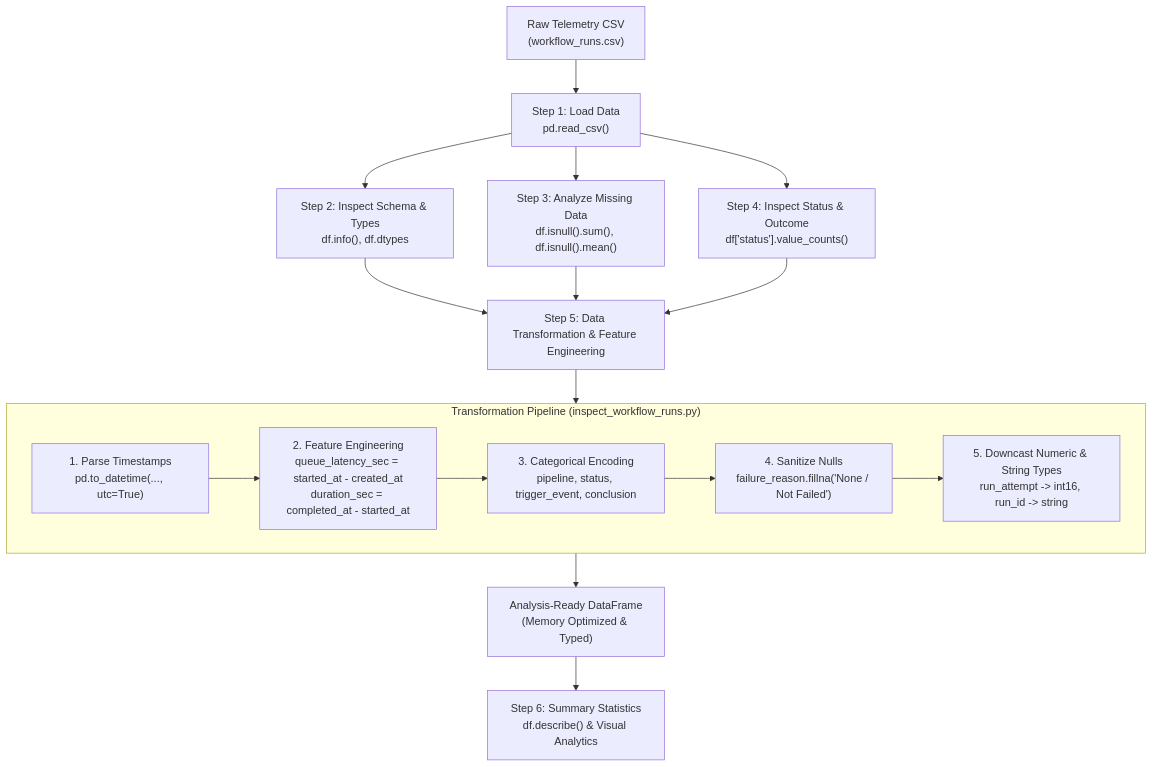
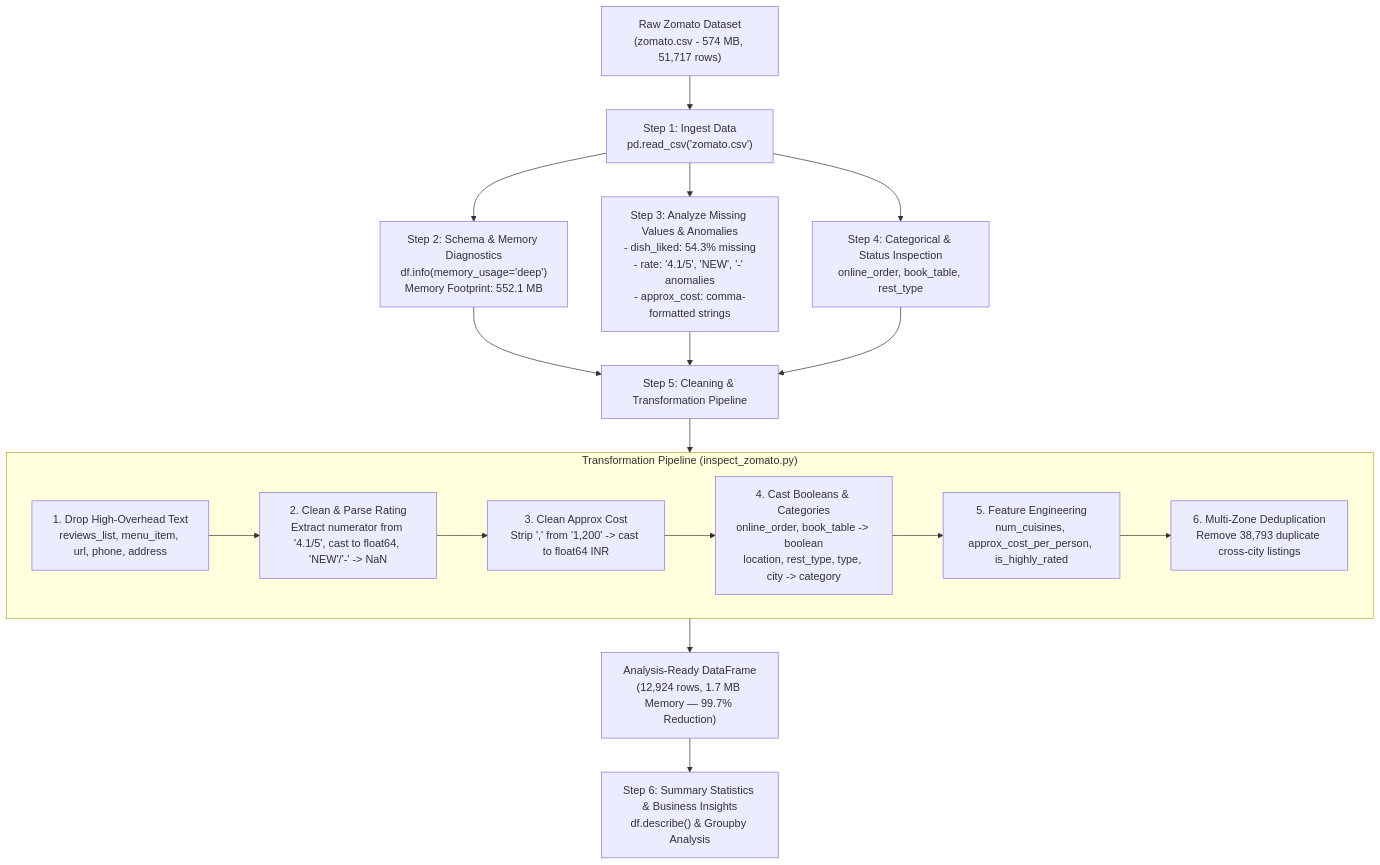
Before and after one commit to akarshrajap/dataframe: the diagram in README.md, drawn with Mermaid. The commit also changed other lines of this file and 2 other files, not shown here.

Commit message:
Add Zomato dataset inspection script, pipeline documentation, and architecture diagram

````diff
--- a/README.md
+++ b/README.md
@@ -11,23 +9,24 @@
 ```mermaid
 flowchart TD
-    A["Raw Telemetry CSV<br/>(workflow_runs.csv)"] --> B["Step 1: Load Data<br/>pd.read_csv()"]
-    B --> C["Step 2: Inspect Schema & Types<br/>df.info(), df.dtypes"]
-    B --> D["Step 3: Analyze Missing Data<br/>df.isnull().sum(), df.isnull().mean()"]
-    B --> E["Step 4: Inspect Status & Outcome<br/>df['status'].value_counts()"]
+    A["Raw Zomato Dataset<br/>(zomato.csv - 574 MB, 51,717 rows)"] --> B["Step 1: Ingest Data<br/>pd.read_csv('zomato.csv')"]
+    B --> C["Step 2: Schema & Memory Diagnostics<br/>df.info(memory_usage='deep')<br/>Memory Footprint: 552.1 MB"]
+    B --> D["Step 3: Analyze Missing Values & Anomalies<br/>- dish_liked: 54.3% missing<br/>- rate: '4.1/5', 'NEW', '-' anomalies<br/>- approx_cost: comma-formatted strings"]
+    B --> E["Step 4: Categorical & Status Inspection<br/>online_order, book_table, rest_type"]
     
-    C & D & E --> F["Step 5: Data Transformation & Feature Engineering"]
+    C & D & E --> F["Step 5: Cleaning & Transformation Pipeline"]
     
-    subgraph TransformationPipeline ["Transformation Pipeline (inspect_workflow_runs.py)"]
-        F1["1. Parse Timestamps<br/>pd.to_datetime(..., utc=True)"]
-        F2["2. Feature Engineering<br/>queue_latency_sec = started_at - created_at<br/>duration_sec = completed_at - started_at"]
-        F3["3. Categorical Encoding<br/>pipeline, status, trigger_event, conclusion"]
-        F4["4. Sanitize Nulls<br/>failure_reason.fillna('None / Not Failed')"]
-        F5["5. Downcast Numeric & String Types<br/>run_attempt -> int16, run_id -> string"]
+    subgraph TransformationPipeline ["Transformation Pipeline (inspect_zomato.py)"]
+        F1["1. Drop High-Overhead Text<br/>reviews_list, menu_item, url, phone, address"]
+        F2["2. Clean & Parse Rating<br/>Extract numerator from '4.1/5', cast to float64, 'NEW'/'-' -> NaN"]
+        F3["3. Clean Approx Cost<br/>Strip ',' from '1,200' -> cast to float64 INR"]
+        F4["4. Cast Booleans & Categories<br/>online_order, book_table -> boolean<br/>location, rest_type, type, city -> category"]
+        F5["5. Feature Engineering<br/>num_cuisines, approx_cost_per_person, is_highly_rated"]
+        F6["6. Multi-Zone Deduplication<br/>Remove 38,793 duplicate cross-city listings"]
         
-        F1 --> F2 --> F3 --> F4 --> F5
+        F1 --> F2 --> F3 --> F4 --> F5 --> F6
     end
     
     F --> TransformationPipeline
-    TransformationPipeline --> G["Analysis-Ready DataFrame<br/>(Memory Optimized & Typed)"]
-    G --> H["Step 6: Summary Statistics<br/>df.describe() & Visual Analytics"]
+    TransformationPipeline --> G["Analysis-Ready DataFrame<br/>(12,924 rows, 1.7 MB Memory — 99.7% Reduction)"]
+    G --> H["Step 6: Summary Statistics & Business Insights<br/>df.describe() & Groupby Analysis"]
 ```
````
